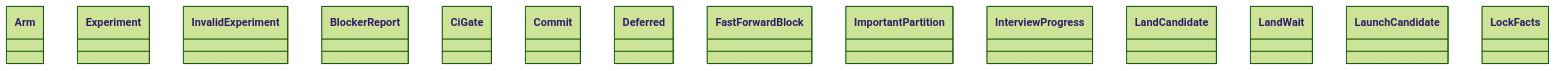
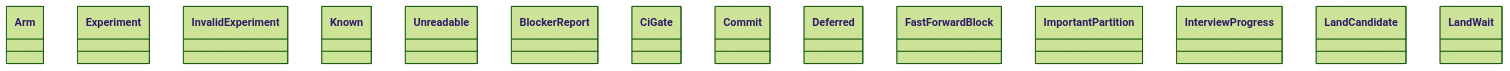
One commit to GonzaloZevallos/agentic-system changed the diagram in docs/architecture/generated/classes-process-domain-state-1.md. Above: the diagram before and after it, drawn with Mermaid (forest theme). The commit also changed 15 other files, not shown here.

Commit message:
Regenerate architecture pages and cluster domain.lead_time

````diff
--- a/docs/architecture/generated/classes-process-domain-state-1.md
+++ b/docs/architecture/generated/classes-process-domain-state-1.md
@@ -24,17 +24,17 @@
 ```mermaid
 classDiagram
     class experiment__Arm["Arm"]
     class experiment__Experiment["Experiment"]
     class experiment__InvalidExperiment["InvalidExperiment"]
+    class lead_time__Known["Known"]
+    class lead_time__Unreadable["Unreadable"]
     class rules__BlockerReport["BlockerReport"]
     class rules__CiGate["CiGate"]
     class rules__Commit["Commit"]
     class rules__Deferred["Deferred"]
     class rules__FastForwardBlock["FastForwardBlock"]
     class rules__ImportantPartition["ImportantPartition"]
     class rules__InterviewProgress["InterviewProgress"]
     class rules__LandCandidate["LandCandidate"]
     class rules__LandWait["LandWait"]
-    class rules__LaunchCandidate["LaunchCandidate"]
-    class rules__LockFacts["LockFacts"]
 ```
````
